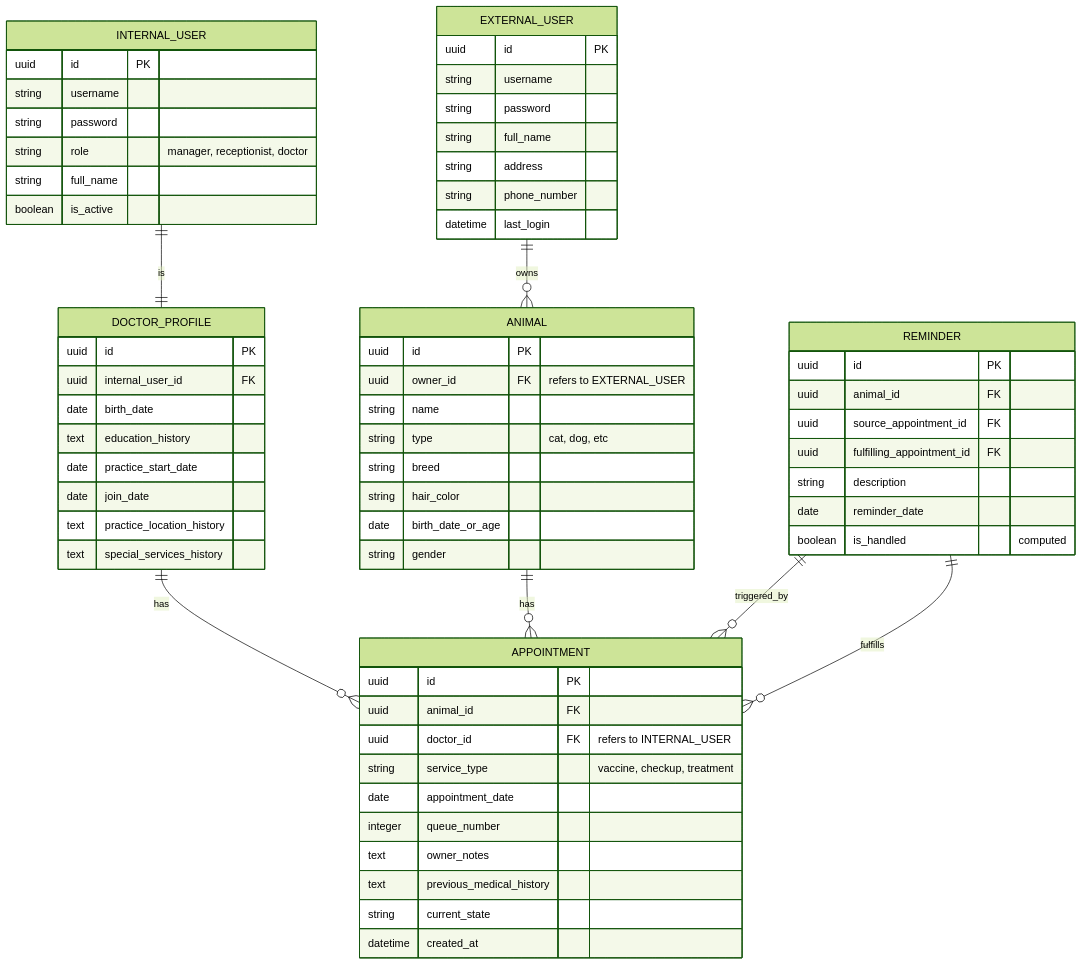
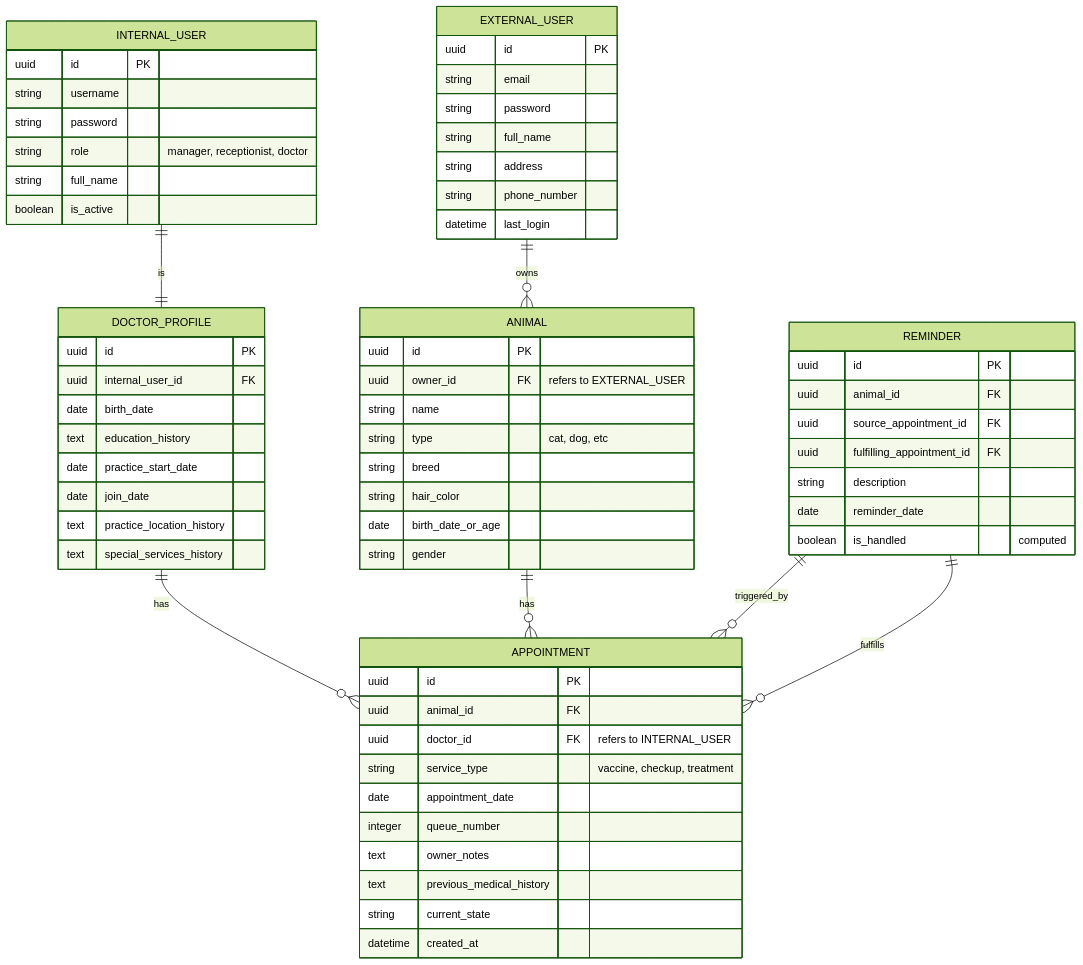
Before and after one commit to levirs565/klinik-hewan: the diagram in DATABASE.md, drawn with Mermaid (forest theme). The commit also changed 15 other files, not shown here.

````diff
--- a/DATABASE.md
+++ b/DATABASE.md
@@ -7,72 +7,72 @@
 ```mermaid
 erDiagram
     EXTERNAL_USER ||--o{ ANIMAL : owns
     EXTERNAL_USER {
         uuid id PK
-        string username
+        string email
         string password
         string full_name
         string address
         string phone_number
         datetime last_login
     }
 
     INTERNAL_USER ||--|| DOCTOR_PROFILE : is
     INTERNAL_USER {
         uuid id PK
         string username
         string password
         string role "manager, receptionist, doctor"
         string full_name
         boolean is_active
     }
 
     DOCTOR_PROFILE ||--o{ APPOINTMENT : has
     DOCTOR_PROFILE {
         uuid id PK
         uuid internal_user_id FK
         date birth_date
         text education_history
         date practice_start_date
         date join_date
         text practice_location_history
         text special_services_history
     }
 
     ANIMAL ||--o{ APPOINTMENT : has
     ANIMAL {
         uuid id PK
         uuid owner_id FK "refers to EXTERNAL_USER"
         string name
         string type "cat, dog, etc"
         string breed
         string hair_color
         date birth_date_or_age
         string gender
     }
 
     APPOINTMENT {
         uuid id PK
         uuid animal_id FK
         uuid doctor_id FK "refers to INTERNAL_USER"
         string service_type "vaccine, checkup, treatment"
         date appointment_date
         integer queue_number
         text owner_notes
         text previous_medical_history
         string current_state
         datetime created_at
     }
 
     REMINDER ||--o{ APPOINTMENT : triggered_by
     REMINDER ||--o{ APPOINTMENT : fulfills
     REMINDER {
         uuid id PK
         uuid animal_id FK
         uuid source_appointment_id FK
         uuid fulfilling_appointment_id FK
         string description
         date reminder_date
         boolean is_handled "computed"
     }
 ```
````
